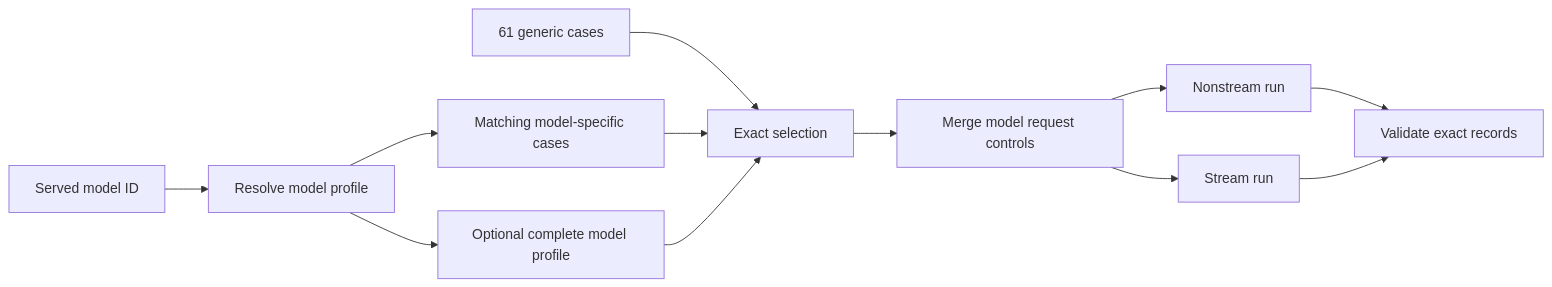
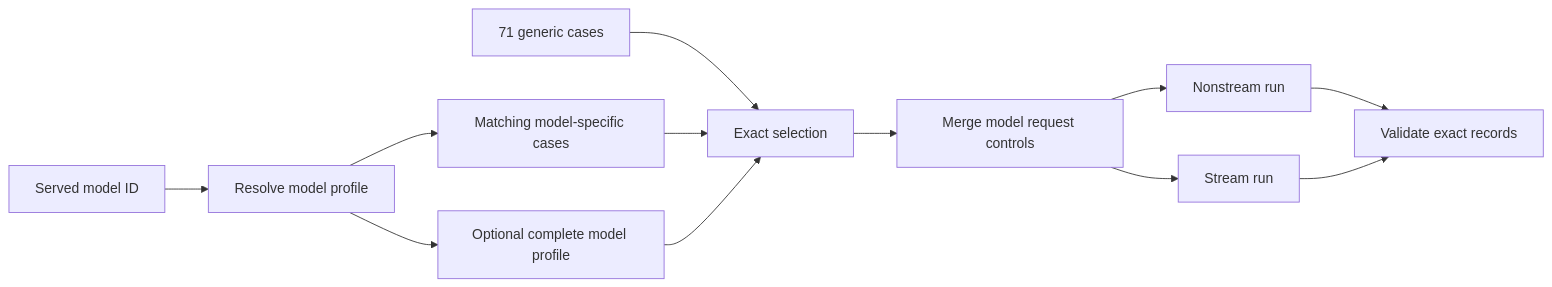
One commit to ai-dynamo/dynamo changed the second of 5 diagrams in benchmarks/tool_calling/README.md. Above: the diagram before and after it, drawn with Mermaid. The commit also changed other lines of this file and 25 other files, not shown here.

````diff
--- a/benchmarks/tool_calling/README.md
+++ b/benchmarks/tool_calling/README.md
@@ -101,13 +207,13 @@
 ```mermaid
 flowchart LR
     M[Served model ID] --> P[Resolve model profile]
-    G[61 generic cases] --> S[Exact selection]
+    G[71 generic cases] --> S[Exact selection]
     P --> X[Matching model-specific cases]
     X --> S
     P --> F[Optional complete model profile]
     F --> S
     S --> Q[Merge model request controls]
     Q --> N[Nonstream run]
     Q --> R[Stream run]
     N & R --> V[Validate exact records]
 ```
````
